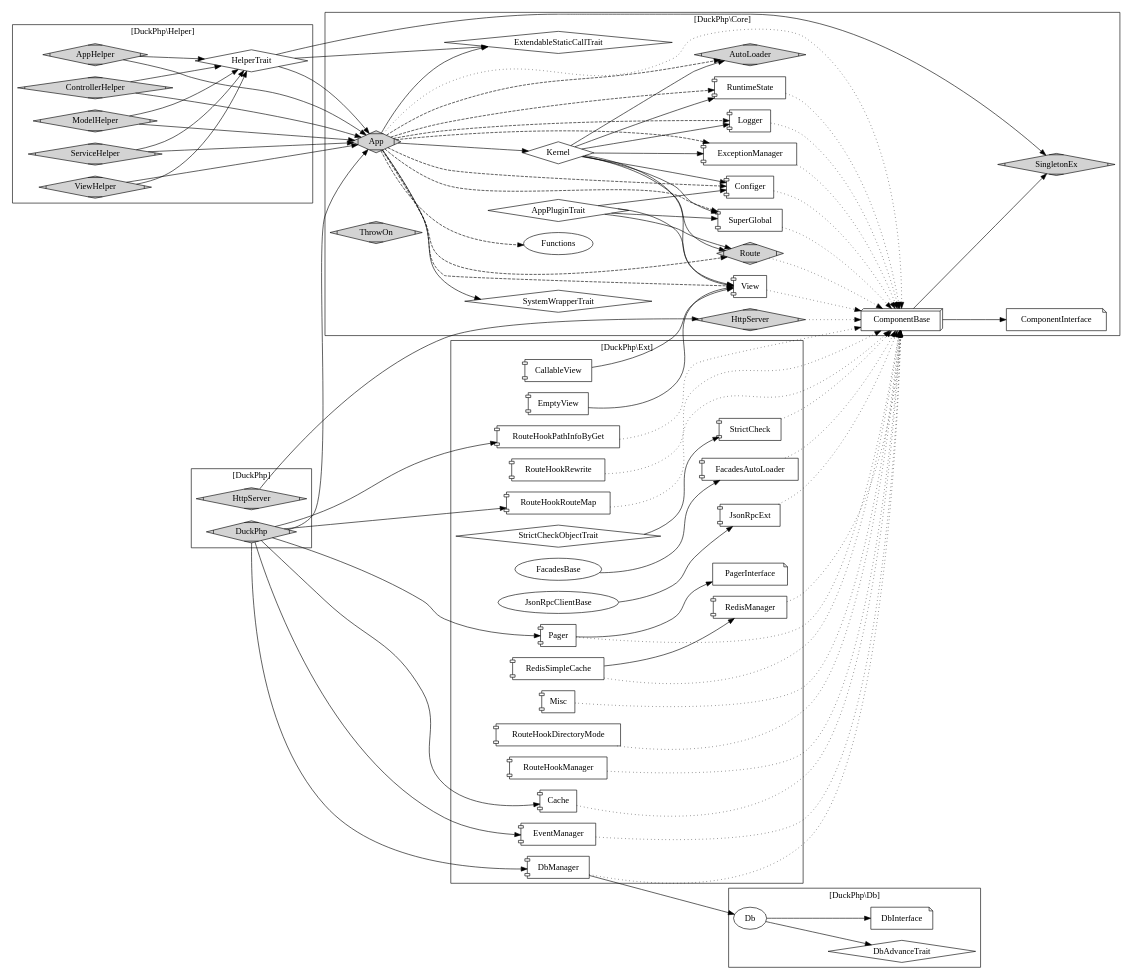
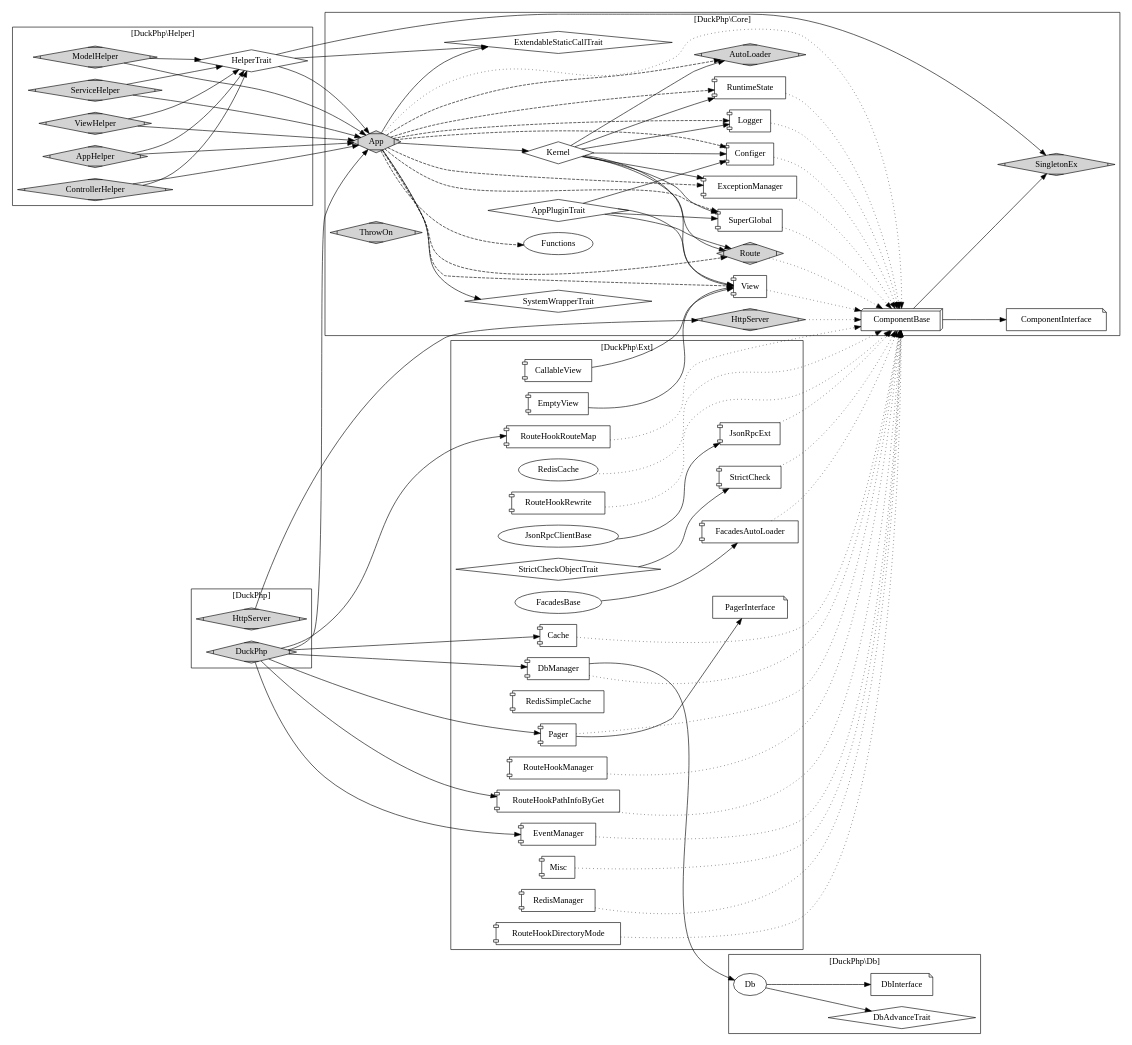
The diagram in doc/duckphp.gv (dvaknheo/duckphp), drawn with Graphviz before and after one commit. The commit also changed 11 other files, not shown here.

Commit message:
RedisSimpleCache => RedisCache, 初步添加RouteHookApiServer

```diff
--- a/doc/duckphp.gv
+++ b/doc/duckphp.gv
@@ -1,194 +1,193 @@
 digraph G{
 /* This is a graphviz file */
 graph [rankdir = "LR"];
 
 subgraph cluster_Core {
     
     label = "[DuckPhp\\Core]";
 
     Core_AppPluginTrait [label="AppPluginTrait";shape=diamond];
     Core_App [label="App";shape=Mdiamond;style=filled]; 
     Core_Kernel [label="Kernel";shape="diamond"];
     Core_SingletonEx [label="SingletonEx";shape=Mdiamond;style=filled];
     Core_AutoLoader [label="AutoLoader";shape=Mdiamond;style=filled];
     Core_ExceptionManager [label="ExceptionManager";shape="component"];
     Core_View [label="View";shape="component"];
     Core_Configer [label="Configer";shape="component"];
     Core_Logger [label="Logger";shape="component"];
     Core_Route [label="Route";shape=Mdiamond;style=filled];
     Core_RuntimeState [label="RuntimeState";shape="component"];
     Core_SystemWrapperTrait [label="SystemWrapperTrait";shape=diamond];
     
     Core_HttpServer [label="HttpServer";shape=Mdiamond;style=filled];
     Core_SuperGlobal [label="SuperGlobal";shape="component"];
 
     Core_ExtendableStaticCallTrait [label="ExtendableStaticCallTrait";shape=diamond];
     
     Core_ThrowOn [label="ThrowOn";shape=Mdiamond;style=filled];
     Core_ComponentInterface [label="ComponentInterface";shape=note];
     Core_ComponentBase [label="ComponentBase";shape=box3d];
     Core_Functions [label="Functions"];
 
 
     Core_Kernel -> Core_AutoLoader ;
     Core_Kernel -> Core_Configer;
     Core_Kernel -> Core_Logger;
     Core_Kernel -> Core_ExceptionManager;
     Core_Kernel -> Core_Route;
     Core_Kernel -> Core_RuntimeState;
     Core_Kernel -> Core_View;
     Core_Kernel -> Core_SuperGlobal;
     
     Core_App -> Core_Kernel;
     Core_App -> Core_ExtendableStaticCallTrait;
     Core_App -> Core_SystemWrapperTrait;
     
     Core_App -> Core_AutoLoader [style="dashed"];
     Core_App -> Core_Configer [style="dashed"];
     Core_App -> Core_Logger [style="dashed"];
     Core_App -> Core_ExceptionManager [style="dashed"];
     Core_App -> Core_Route [style="dashed"];
     Core_App -> Core_RuntimeState [style="dashed"];
     Core_App -> Core_View [style="dashed"];
     Core_App -> Core_SuperGlobal [style="dashed"];
     
     Core_App -> Core_Functions [style="dashed"];
     Core_App -> Core_ComponentBase [style="dotted"];
 
 
     Core_AppPluginTrait -> Core_Configer;
     Core_AppPluginTrait -> Core_View;
     Core_AppPluginTrait -> Core_Route;
     Core_AppPluginTrait -> Core_SuperGlobal;
     
     
     Core_ExceptionManager -> Core_ComponentBase [style="dotted"];
     Core_Configer -> Core_ComponentBase [style="dotted"];
     Core_Route -> Core_ComponentBase [style="dotted"];
     Core_SuperGlobal -> Core_ComponentBase [style="dotted"];
     Core_RuntimeState -> Core_ComponentBase [style="dotted"];
     Core_View -> Core_ComponentBase [style="dotted"];
     Core_Logger -> Core_ComponentBase [style="dotted"];
     Core_HttpServer -> Core_ComponentBase [style="dotted"];
 
     
     Core_ComponentBase -> Core_ComponentInterface;
     Core_ComponentBase -> Core_SingletonEx;
     
     
 }
 
 
 
 
 subgraph cluster_Helper {
     
     label = "[DuckPhp\\Helper]";
     
     AppHelper [label="AppHelper";shape=Mdiamond;style=filled];
     ControllerHelper [label="ControllerHelper";shape=Mdiamond;style=filled];
     ModelHelper [label="ModelHelper";shape=Mdiamond;style=filled];
     ServiceHelper [label="ServiceHelper";shape=Mdiamond;style=filled];
     ViewHelper [label="ViewHelper";shape=Mdiamond;style=filled];
     HelperTrait [label="HelperTrait";shape=diamond];
     
     AppHelper -> Core_App; 
     ControllerHelper -> Core_App; 
     ModelHelper -> Core_App; 
     ServiceHelper -> Core_App; 
     ViewHelper -> Core_App; 
     HelperTrait -> Core_SingletonEx;
     HelperTrait -> Core_App;
     HelperTrait -> Core_ExtendableStaticCallTrait ;
     
     AppHelper -> HelperTrait; 
     ControllerHelper -> HelperTrait; 
     ModelHelper -> HelperTrait; 
     ServiceHelper -> HelperTrait; 
     ViewHelper -> HelperTrait; 
 
 }
 
 subgraph cluster_Db {
     label = "[DuckPhp\\Db]";
 
     Db_Db [label="Db"];
     Db_DbAdvanceTrait [label="DbAdvanceTrait";shape=diamond];
     Db_DbInterface [label="DbInterface";shape=note];
     
     Db_Db -> Db_DbAdvanceTrait;
     Db_Db -> Db_DbInterface;
 }
 
 subgraph cluster_Ext {
     label = "[DuckPhp\\Ext]";
 
     Cache[shape="component"];
     CallableView[shape="component"];
     DbManager[shape="component"];
     EmptyView[shape="component"];
     EventManager[shape="component"];
     FacadesAutoLoader[shape="component"];
     FacadesBase ;
     JsonRpcClientBase ;
     JsonRpcExt[shape="component"];
     Misc[shape="component"];
     Pager[shape="component"];
     PagerInterface [shape=note];
     RedisManager[shape="component"];
     RedisSimpleCache[shape="component"];
     RouteHookDirectoryMode[shape="component"];
     RouteHookManager[shape="component"];
     RouteHookPathInfoByGet[shape="component"];
     RouteHookRewrite[shape="component"];
     RouteHookRouteMap[shape="component"];
     StrictCheck[shape="component"];
     StrictCheckObjectTrait [shape=diamond];
 
     Cache -> Core_ComponentBase [style="dotted"];
     DbManager -> Core_ComponentBase [style="dotted"];
     EventManager -> Core_ComponentBase [style="dotted"];
     FacadesAutoLoader -> Core_ComponentBase [style="dotted"];
     JsonRpcExt -> Core_ComponentBase [style="dotted"];
     Misc -> Core_ComponentBase [style="dotted"];
     Pager -> Core_ComponentBase [style="dotted"];
     RedisManager -> Core_ComponentBase [style="dotted"];
-    RedisSimpleCache -> Core_ComponentBase [style="dotted"];
+    RedisCache -> Core_ComponentBase [style="dotted"];
     RouteHookDirectoryMode -> Core_ComponentBase [style="dotted"];
     RouteHookManager -> Core_ComponentBase [style="dotted"];
     RouteHookPathInfoByGet -> Core_ComponentBase [style="dotted"];
     RouteHookRewrite -> Core_ComponentBase [style="dotted"];
     RouteHookRouteMap -> Core_ComponentBase [style="dotted"];
     StrictCheck -> Core_ComponentBase [style="dotted"];
     
     
     CallableView ->Core_View; 
     EmptyView ->Core_View;
     DbManager -> Db_Db;
     FacadesBase -> FacadesAutoLoader;
     JsonRpcClientBase ->JsonRpcExt;
     Pager -> PagerInterface; 
-    RedisSimpleCache -> RedisManager;
     StrictCheckObjectTrait -> StrictCheck; 
 }
 
 subgraph cluster_DuckPhp {
     label = "[DuckPhp]";
     node [style=filled];
 
     HttpServer -> Core_HttpServer;
     DuckPhp -> Core_App;
 
     DuckPhp -> RouteHookRouteMap;
     DuckPhp -> Pager;
     DuckPhp -> DbManager;
     DuckPhp -> EventManager;
     DuckPhp -> RouteHookPathInfoByGet;
     DuckPhp -> Cache;
 
     DuckPhp [shape=Mdiamond];
     HttpServer [shape=Mdiamond;style=filled];
 
 }
 
 }
```
